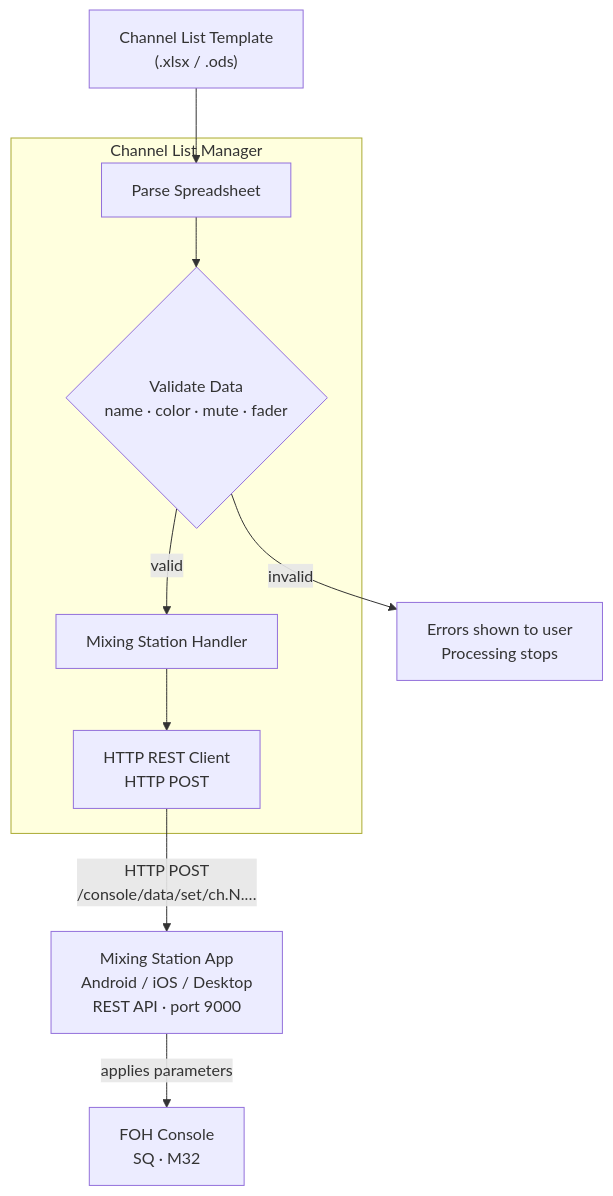
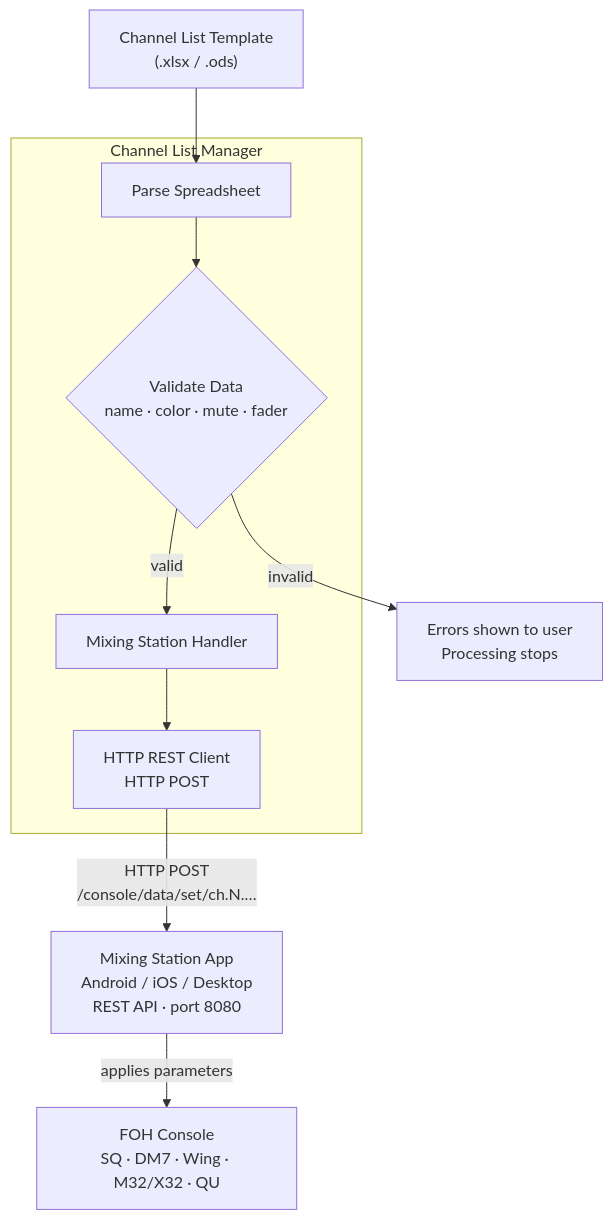
Before and after one commit to togrupe/dlive-midi-tools: the fourth of 6 diagrams in doc/workflows.md, drawn with Mermaid. The commit also changed other lines of this file and 2 other files, not shown here.

````diff
--- a/doc/workflows.md
+++ b/doc/workflows.md
@@ -183,23 +224,23 @@
 ```mermaid
 flowchart TD
     TMPL["Channel List Template\n(.xlsx / .ods)"]
 
     subgraph dmt["Channel List Manager"]
         PARSE["Parse Spreadsheet"]
         VALIDATE{"Validate Data\nname · color · mute · fader"}
         MSHANDLER["Mixing Station Handler"]
         MSCLIENT["HTTP REST Client\nHTTP POST"]
     end
 
     ERR["Errors shown to user\nProcessing stops"]
-    MS["Mixing Station App\nAndroid / iOS / Desktop\nREST API · port 9000"]
-    FOH["FOH Console\nSQ · M32"]
+    MS["Mixing Station App\nAndroid / iOS / Desktop\nREST API · port 8080"]
+    FOH["FOH Console\nSQ · DM7 · Wing · M32/X32 · QU"]
 
     TMPL --> PARSE
     PARSE --> VALIDATE
     VALIDATE -->|"invalid"| ERR
     VALIDATE -->|"valid"| MSHANDLER
     MSHANDLER --> MSCLIENT
     MSCLIENT -->|"HTTP POST\n/console/data/set/ch.N.…"| MS
     MS -->|"applies parameters"| FOH
 ```
````
